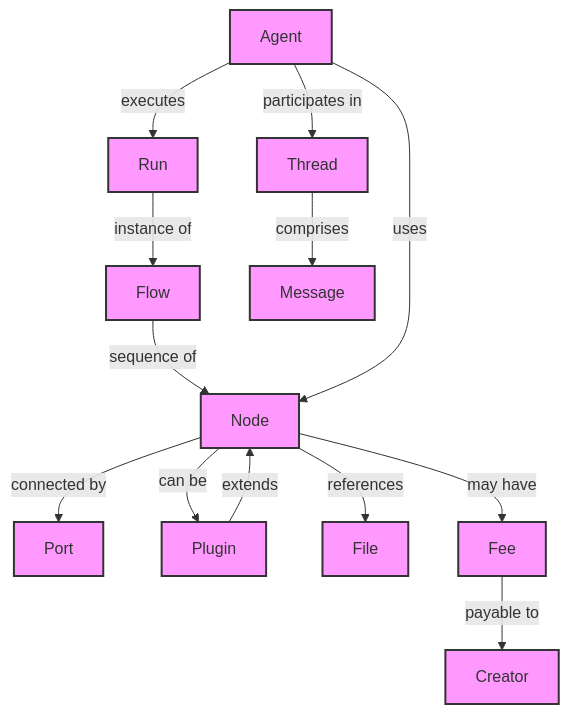
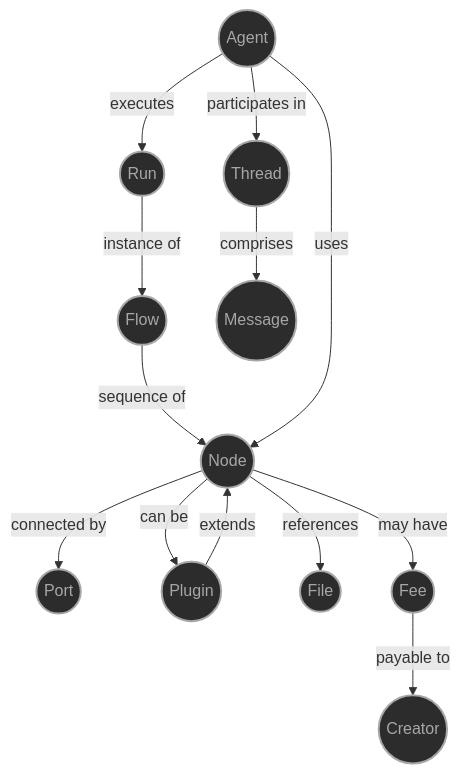
The third of 3 diagrams in docs/systems/fbp.md (OpenAgentsInc/openagents), drawn with Mermaid before and after one commit.

Commit message:
try theming that

````diff
--- a/docs/systems/fbp.md
+++ b/docs/systems/fbp.md
@@ -19,19 +19,20 @@
 ```mermaid
+%%{init: {'themeVariables': { 'primaryColor': '#A7A7A7', 'lineColor': '#8B8585', 'mainBkg': '#1e1e1e', 'nodeBkg': '#2C2C2D', 'nodeBorder': '#A7A7A7', 'clusterBkg': '#3D3D40', 'clusterBorder': '#8B8585', 'textColor': '#A7A7A7', 'edgeLabelBackground':'#1e1e1e', 'fontSize': '16px', 'fontFamily': '"JetBrains Mono", monospace'}}}%%
 graph TD
-    Agent -->|executes| Run
-    Run -->|instance of| Flow
-    Flow -->|sequence of| Node
-    Node -->|connected by| Port
-    Node -->|can be| Plugin
+    Agent((Agent)) -->|executes| Run((Run))
+    Run -->|instance of| Flow((Flow))
+    Flow -->|sequence of| Node((Node))
+    Node -->|connected by| Port((Port))
+    Node -->|can be| Plugin((Plugin))
     Plugin -->|extends| Node
-    Node -->|references| File
-    Agent -->|participates in| Thread
-    Thread -->|comprises| Message
+    Node -->|references| File((File))
+    Agent -->|participates in| Thread((Thread))
+    Thread -->|comprises| Message((Message))
     Agent -->|uses| Node
-    Node -->|may have| Fee
-    Fee -->|payable to| Creator
+    Node -->|may have| Fee((Fee))
+    Fee -->|payable to| Creator((Creator))
 
-classDef classDefault fill:#f9f,stroke:#333,stroke-width:2px;
+classDef classDefault fill:#2C2C2D,stroke:#A7A7A7,stroke-width:2px,color:#A7A7A7;
 class Agent,Thread,Message,File,Run,Flow,Node,Port,Plugin,Fee,Creator classDefault;
 
 ```
````
